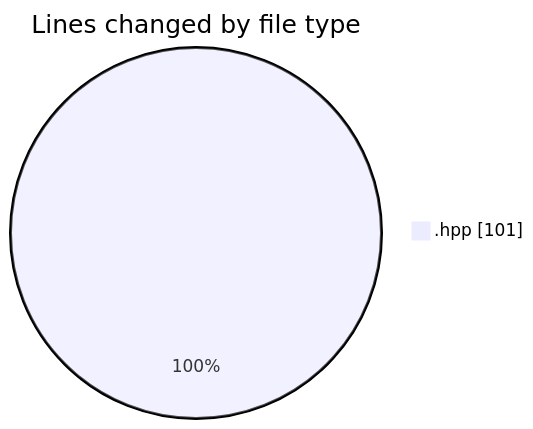
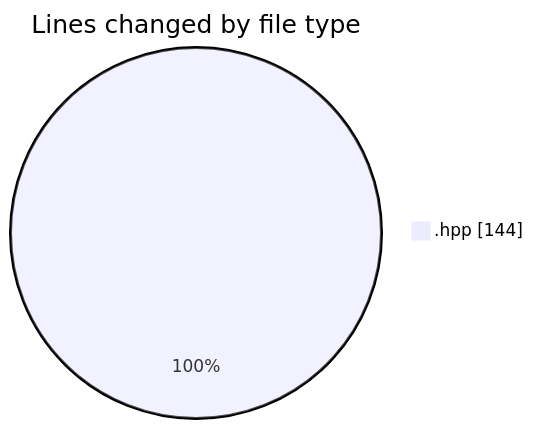
The first of 2 diagrams in 2025-04-22/echo/README.md (Netris89/code-tracking), drawn with Mermaid before and after one commit. The commit also changed other lines of this file and 1 other file, not shown here.

````diff
--- a/2025-04-22/echo/README.md
+++ b/2025-04-22/echo/README.md
@@ -20,5 +20,5 @@
 ```mermaid
 pie showData
 title Lines changed by file type
-".hpp" : 101
+".hpp" : 144
 ```
````
